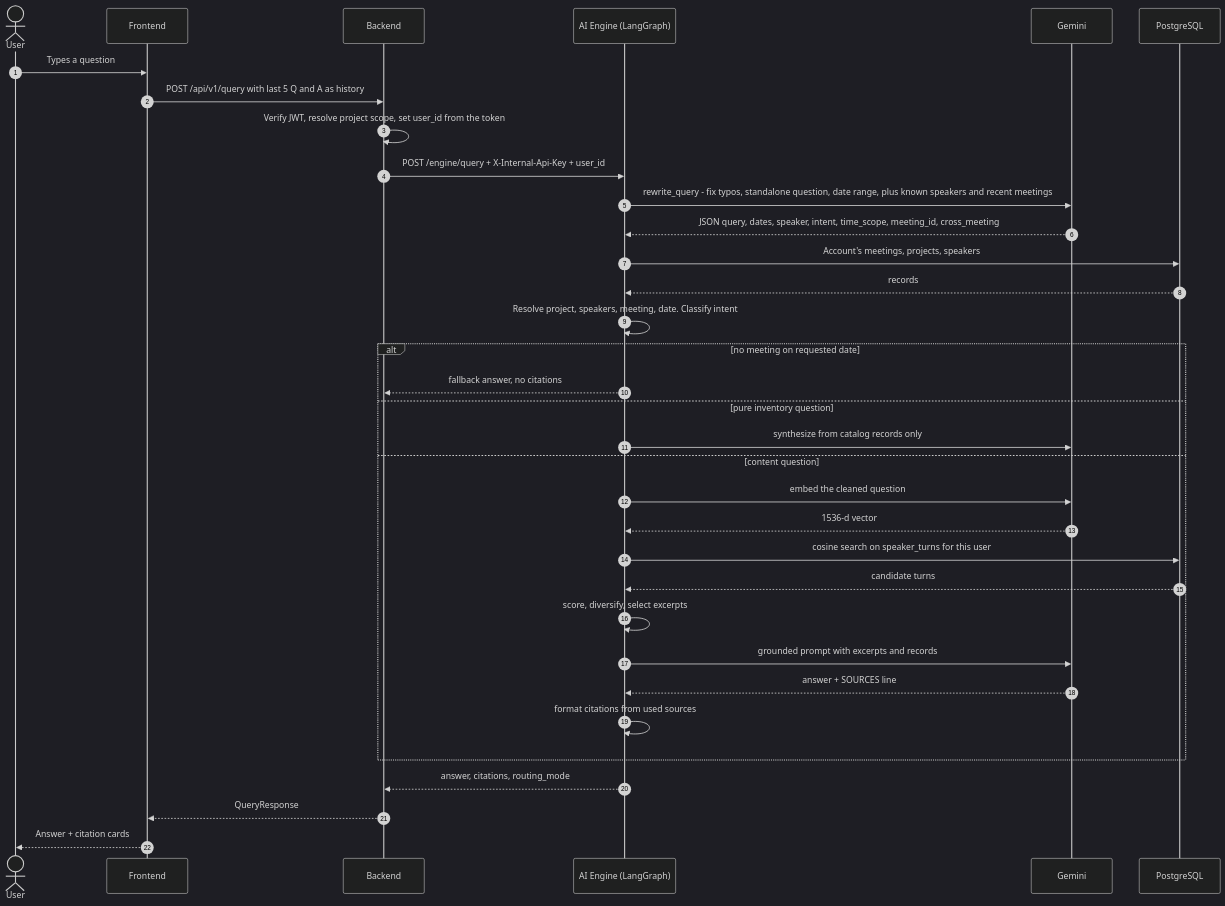
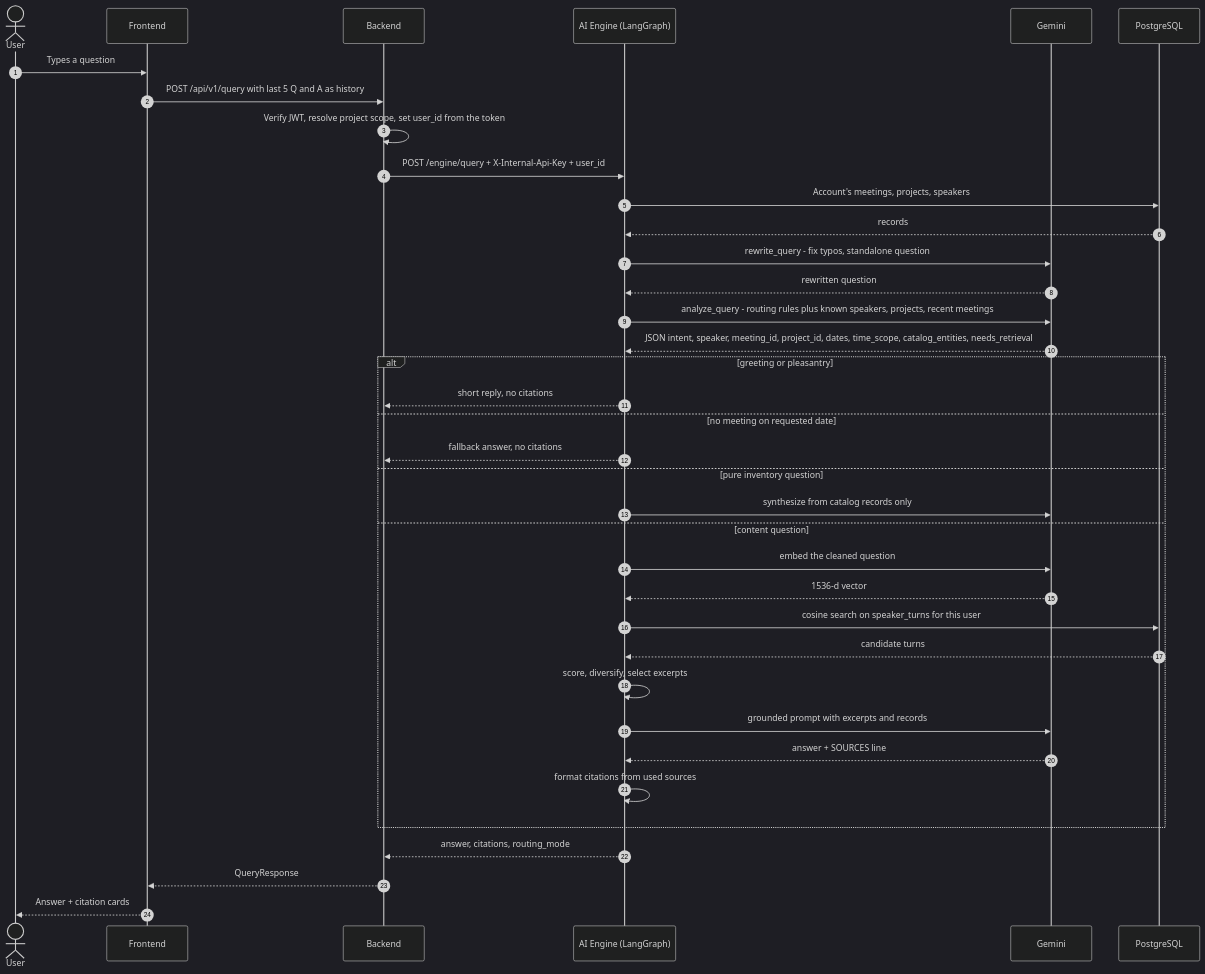
One commit to akshit-mahajan26/Meeting-Transcription changed the fifth of 6 diagrams in docs/architecture_notion.md. Above: the diagram before and after it, drawn with Mermaid (dark theme). The commit also changed other lines of this file and 2 other files, not shown here.

````diff
--- a/docs/architecture_notion.md
+++ b/docs/architecture_notion.md
@@ -253,37 +262,40 @@
 ```mermaid
 sequenceDiagram
     autonumber
     actor U as User
     participant FE as Frontend
     participant BE as Backend
     participant EN as AI Engine (LangGraph)
     participant GM as Gemini
     participant DB as PostgreSQL
 
     U->>FE: Types a question
     FE->>BE: POST /api/v1/query with last 5 Q and A as history
     BE->>BE: Verify JWT, resolve project scope, set user_id from the token
     BE->>EN: POST /engine/query + X-Internal-Api-Key + user_id
-    EN->>GM: rewrite_query - fix typos, standalone question, date range, plus known speakers and recent meetings
-    GM-->>EN: JSON query, dates, speaker, intent, time_scope, meeting_id, cross_meeting
     EN->>DB: Account's meetings, projects, speakers
     DB-->>EN: records
-    EN->>EN: Resolve project, speakers, meeting, date. Classify intent
-    alt no meeting on requested date
+    EN->>GM: rewrite_query - fix typos, standalone question
+    GM-->>EN: rewritten question
+    EN->>GM: analyze_query - routing rules plus known speakers, projects, recent meetings
+    GM-->>EN: JSON intent, speaker, meeting_id, project_id, dates, time_scope, catalog_entities, needs_retrieval
+    alt greeting or pleasantry
+        EN-->>BE: short reply, no citations
+    else no meeting on requested date
         EN-->>BE: fallback answer, no citations
     else pure inventory question
         EN->>GM: synthesize from catalog records only
     else content question
         EN->>GM: embed the cleaned question
         GM-->>EN: 1536-d vector
         EN->>DB: cosine search on speaker_turns for this user
         DB-->>EN: candidate turns
         EN->>EN: score, diversify, select excerpts
         EN->>GM: grounded prompt with excerpts and records
         GM-->>EN: answer + SOURCES line
         EN->>EN: format citations from used sources
     end
     EN-->>BE: answer, citations, routing_mode
     BE-->>FE: QueryResponse
     FE-->>U: Answer + citation cards
 ```
````
